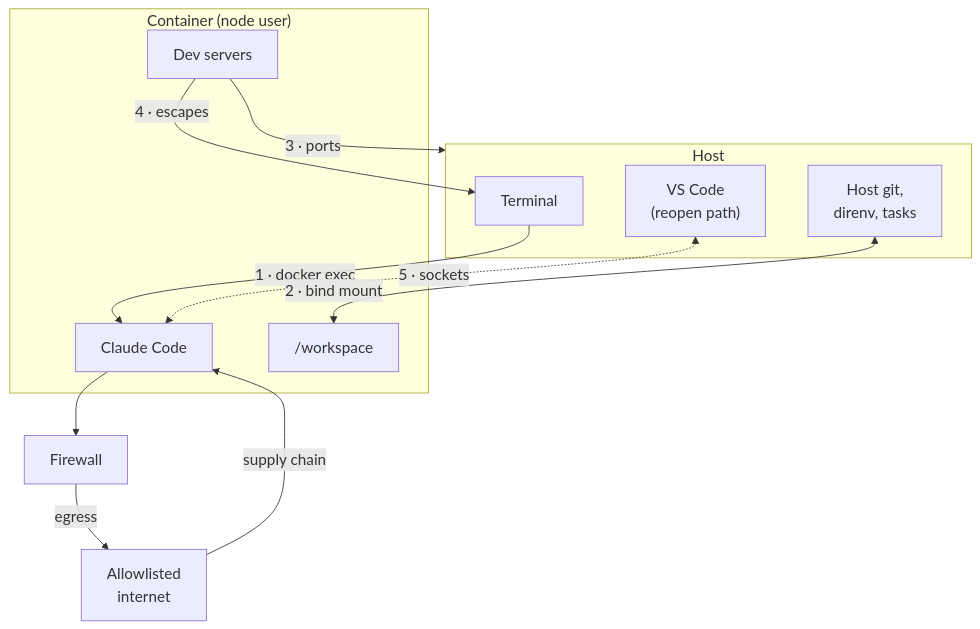
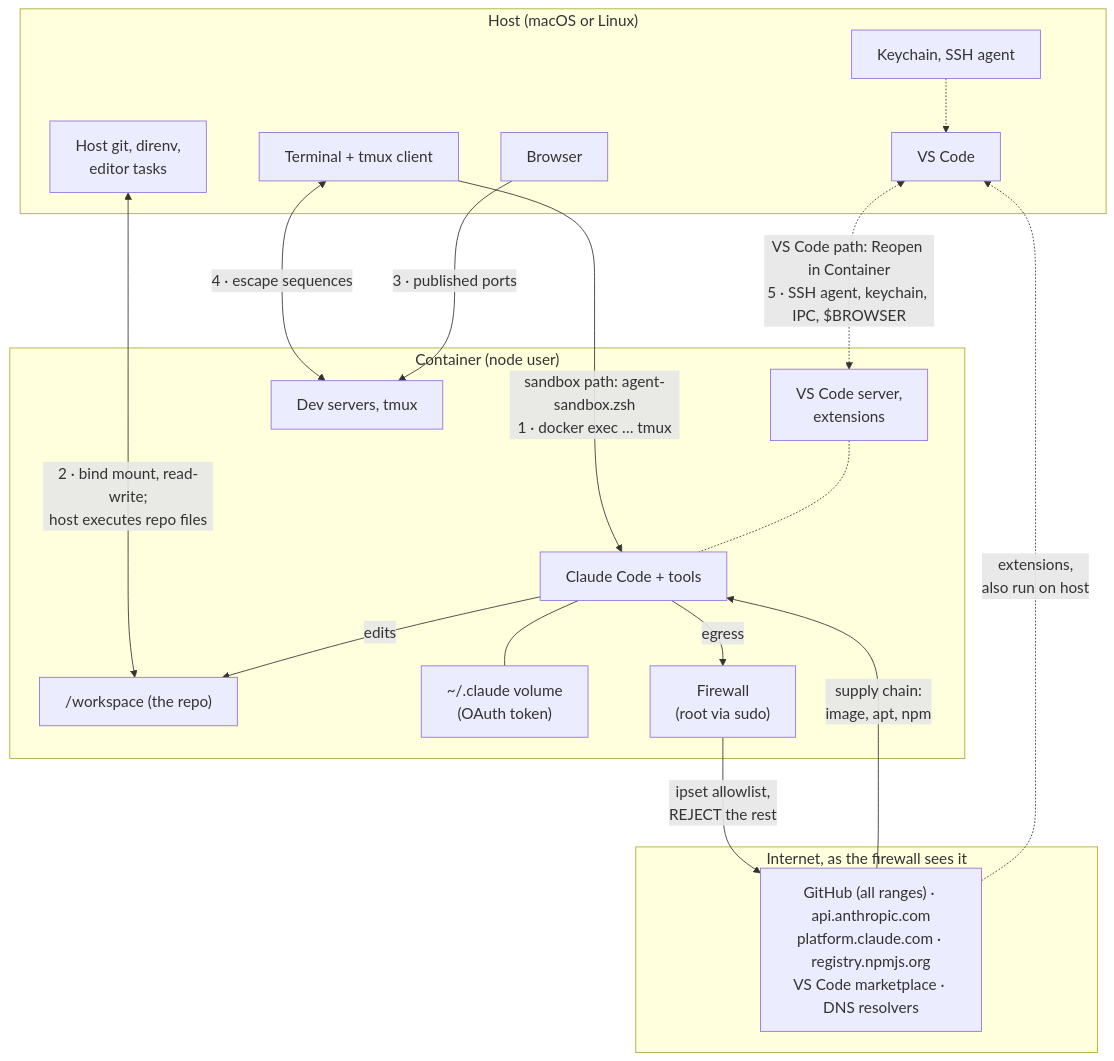
The diagram in docs/SECURITY-MODEL.md (marceljay/claude-boilerplate), drawn with Mermaid before and after one commit. The commit also changed other lines of this file, not shown here.

Commit message:
docs: restore detail and start paths in the map
Expands the attack surface diagram in docs/SECURITY-MODEL.md and
corrects the text around it.

The compact version dropped the VS Code server, keychain and SSH agent,
browser, token volume and the full allowlist, and did not show the two
start paths. All are back, with both paths labelled on their edges.
The intro now states that both paths open channels 1 to 4 and only the
VS Code path opens channel 5; the previous wording claimed the sandbox
path kept only two channels open.

````diff
--- a/docs/SECURITY-MODEL.md
+++ b/docs/SECURITY-MODEL.md
@@ -140,24 +141,36 @@
 ```mermaid
 %%{init: {"themeVariables": {"fontSize": "18px"}}}%%
 flowchart TB
-    subgraph host["Host"]
-        term["Terminal"]
-        vscode["VS Code<br/>(reopen path)"]
-        hostgit["Host git,<br/>direnv, tasks"]
+    subgraph host["Host (macOS or Linux)"]
+        keys["Keychain, SSH agent"]
+        vscode["VS Code"]
+        term["Terminal + tmux client"]
+        browser["Browser"]
+        hostfiles["Host git, direnv,<br/>editor tasks"]
     end
     subgraph container["Container (node user)"]
-        claude["Claude Code"]
-        ws["/workspace"]
-        dev["Dev servers"]
+        vscs["VS Code server,<br/>extensions"]
+        claude["Claude Code + tools"]
+        dev["Dev servers, tmux"]
+        ws["/workspace (the repo)"]
+        vol["~/.claude volume<br/>(OAuth token)"]
+        fw["Firewall<br/>(root via sudo)"]
     end
-    fw["Firewall"]
-    allowed["Allowlisted<br/>internet"]
+    subgraph net["Internet, as the firewall sees it"]
+        allowed["GitHub (all ranges) · api.anthropic.com<br/>platform.claude.com · registry.npmjs.org<br/>VS Code marketplace · DNS resolvers"]
+    end
 
-    term -->|"1 · docker exec"| claude
-    hostgit <-->|"2 · bind mount"| ws
-    dev -->|"3 · ports"| host
-    dev -->|"4 · escapes"| term
-    vscode <-.->|"5 · sockets"| claude
-    claude --> fw -->|"egress"| allowed
-    allowed -->|"supply chain"| claude
+    keys -.-> vscode
+    vscode <-.->|"VS Code path: Reopen in Container<br/>5 · SSH agent, keychain, IPC, $BROWSER"| vscs
+    term -->|"sandbox path: agent-sandbox.zsh<br/>1 · docker exec … tmux"| claude
+    term <-->|"4 · escape sequences"| dev
+    browser -->|"3 · published ports"| dev
+    hostfiles <-->|"2 · bind mount, read-write;<br/>host executes repo files"| ws
+    vscs -.- claude
+    claude -->|"edits"| ws
+    claude --- vol
+    claude -->|"egress"| fw
+    fw -->|"ipset allowlist,<br/>REJECT the rest"| allowed
+    allowed -->|"supply chain:<br/>image, apt, npm"| claude
+    allowed -.->|"extensions,<br/>also run on host"| vscode
 ```
````
